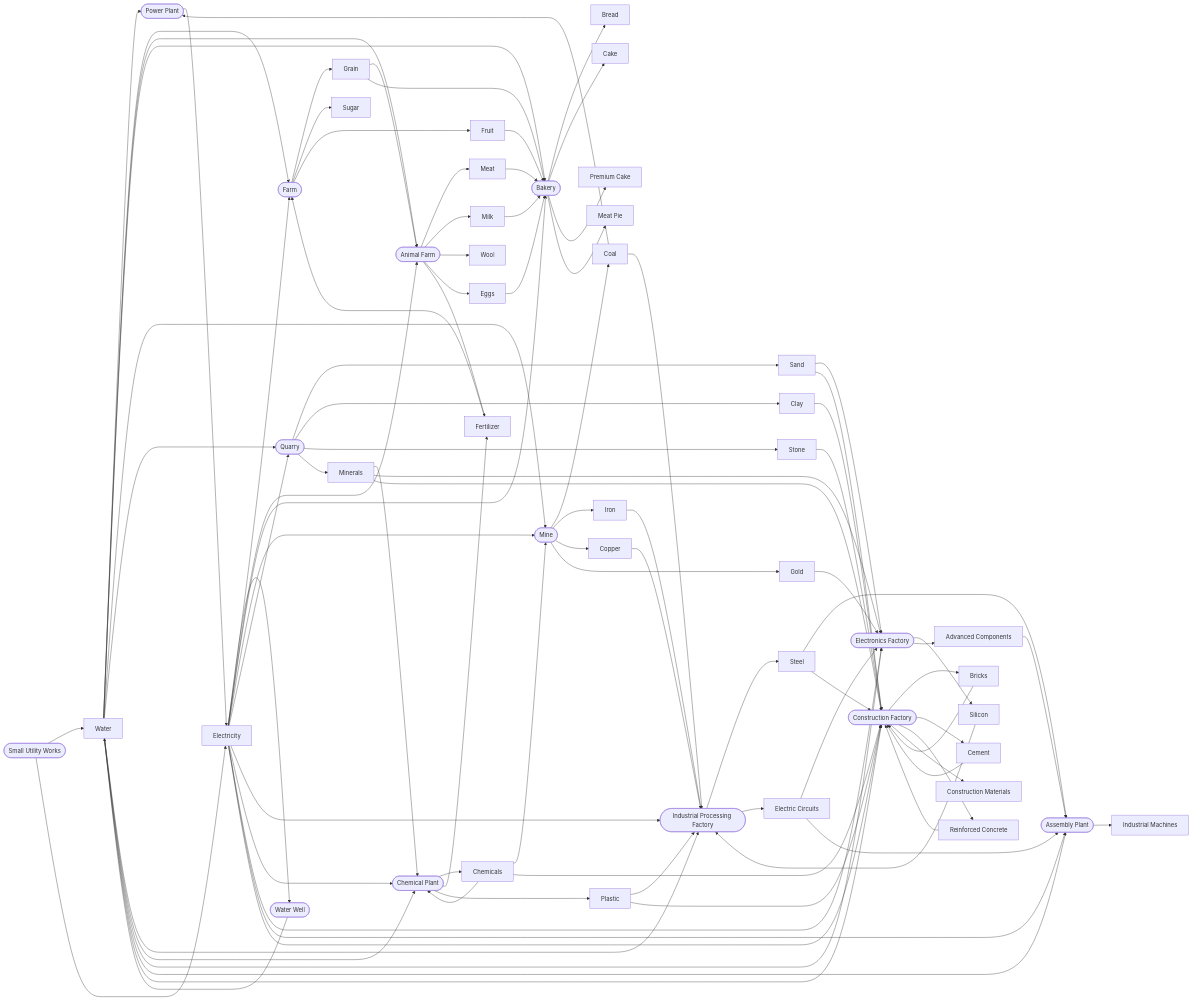
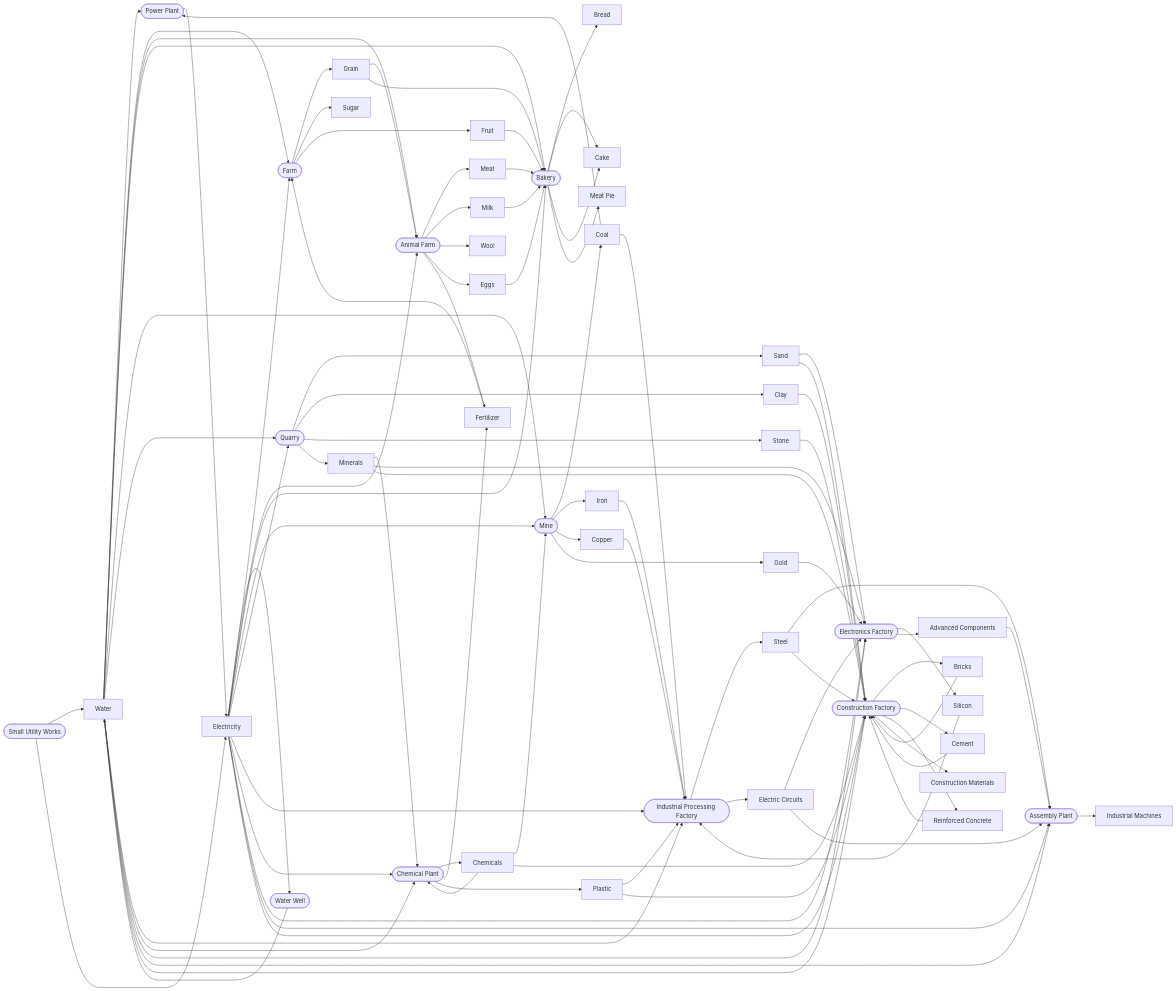
Before and after one commit to gram12321/industriClicker: the second of 2 diagrams in docs/WorkingDocs/VariableRelationshipMap.md, drawn with Mermaid. The commit also changed other lines of this file and 20 other files, not shown here.

```diff
--- a/docs/WorkingDocs/VariableRelationshipMap.md
+++ b/docs/WorkingDocs/VariableRelationshipMap.md
@@ -301,7 +300,7 @@
   electricity --> bakery
   bakery --> bread[Bread]
   bakery --> cake[Cake]
-  bakery --> premiumCake[Premium Cake]
+  bakery --> cake
   bakery --> meatPie[Meat Pie]
 
   water --> mine
```
